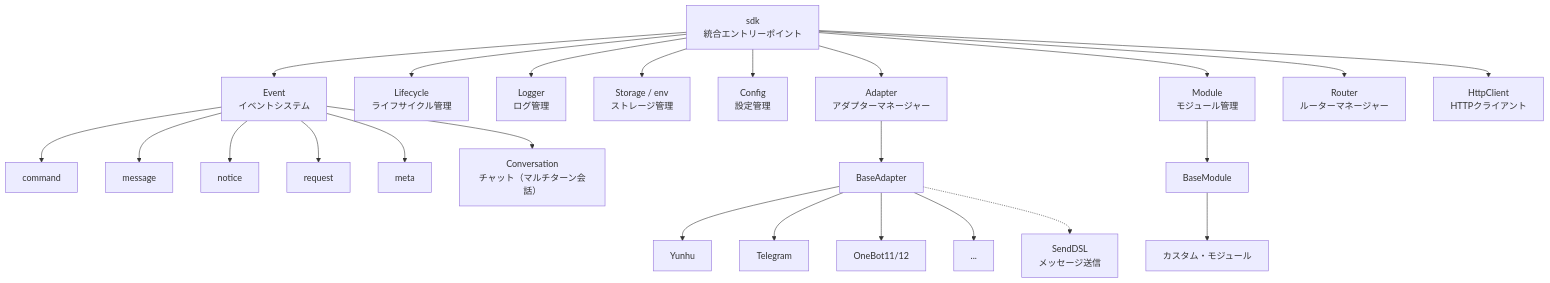
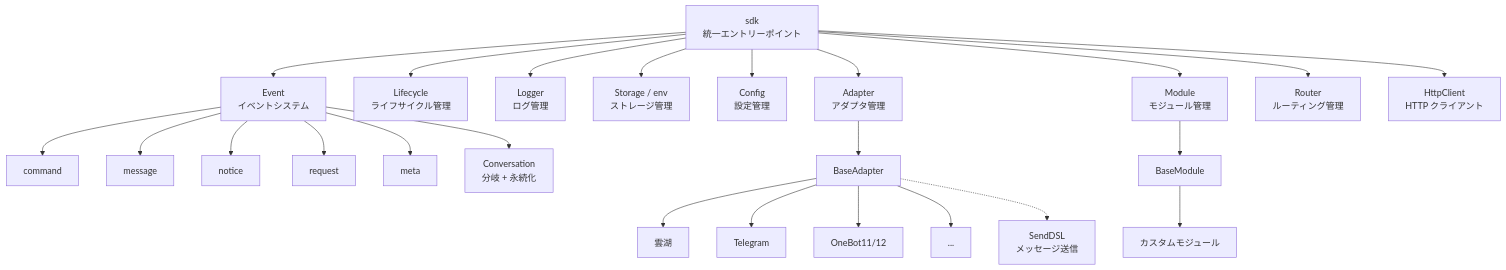
Before and after one commit to ErisPulse/ErisPulse: the first of 7 diagrams in docs/ja/architecture.md, drawn with Mermaid. The commit also changed other lines of this file and 251 other files, not shown here.

````diff
--- a/docs/ja/architecture.md
+++ b/docs/ja/architecture.md
@@ -9,31 +11,31 @@
 ```mermaid
 graph TB
-    SDK["sdk<br/>統合エントリーポイント"]
+    SDK["sdk<br/>統一エントリーポイント"]
 
     SDK --> Event["Event<br/>イベントシステム"]
     SDK --> Lifecycle["Lifecycle<br/>ライフサイクル管理"]
     SDK --> Logger["Logger<br/>ログ管理"]
     SDK --> Storage["Storage / env<br/>ストレージ管理"]
     SDK --> Config["Config<br/>設定管理"]
-    SDK --> AdapterMgr["Adapter<br/>アダプターマネージャー"]
+    SDK --> AdapterMgr["Adapter<br/>アダプタ管理"]
     SDK --> ModuleMgr["Module<br/>モジュール管理"]
-    SDK --> Router["Router<br/>ルーターマネージャー"]
-    SDK --> Client["HttpClient<br/>HTTPクライアント"]
+    SDK --> Router["Router<br/>ルーティング管理"]
+    SDK --> Client["HttpClient<br/>HTTP クライアント"]
     Event --> Command["command"]
     Event --> Message["message"]
     Event --> Notice["notice"]
     Event --> Request["request"]
     Event --> Meta["meta"]
-    Event --> Conversation["Conversation<br/>チャット（マルチターン会話）"]
+    Event --> Conversation["Conversation<br/>分岐 + 永続化"]
 
     AdapterMgr --> BaseAdapter["BaseAdapter"]
-    BaseAdapter --> P1["Yunhu"]
+    BaseAdapter --> P1["雲湖"]
     BaseAdapter --> P2["Telegram"]
     BaseAdapter --> P3["OneBot11/12"]
     BaseAdapter --> PN["..."]
 
     ModuleMgr --> BaseModule["BaseModule"]
-    BaseModule --> CM["カスタム・モジュール"]
+    BaseModule --> CM["カスタムモジュール"]
 
     BaseAdapter -.-> SendDSL["SendDSL<br/>メッセージ送信"]
 ```
````
